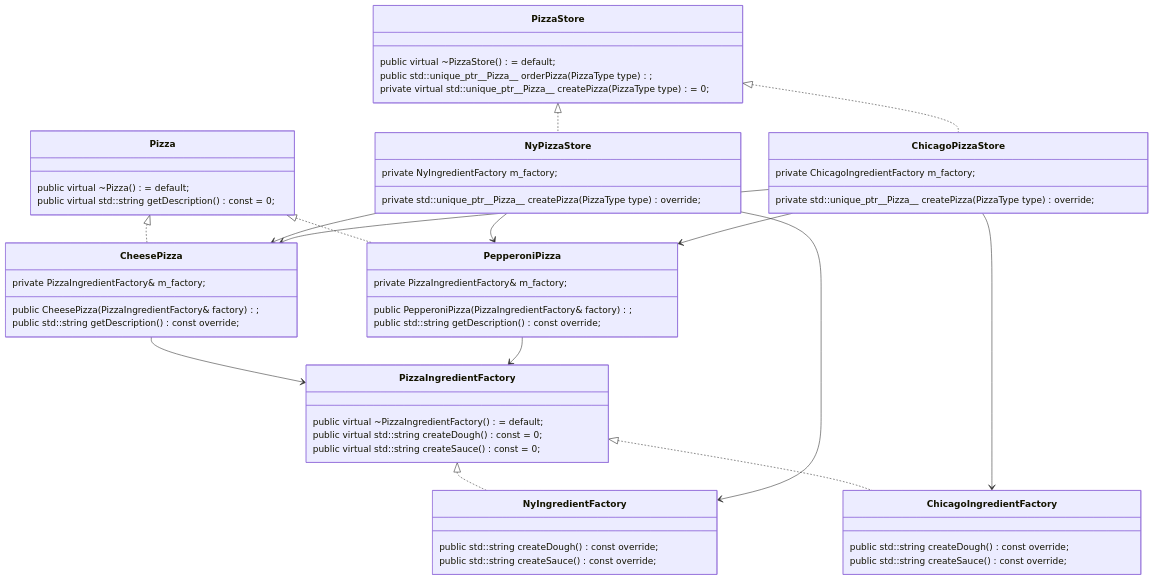
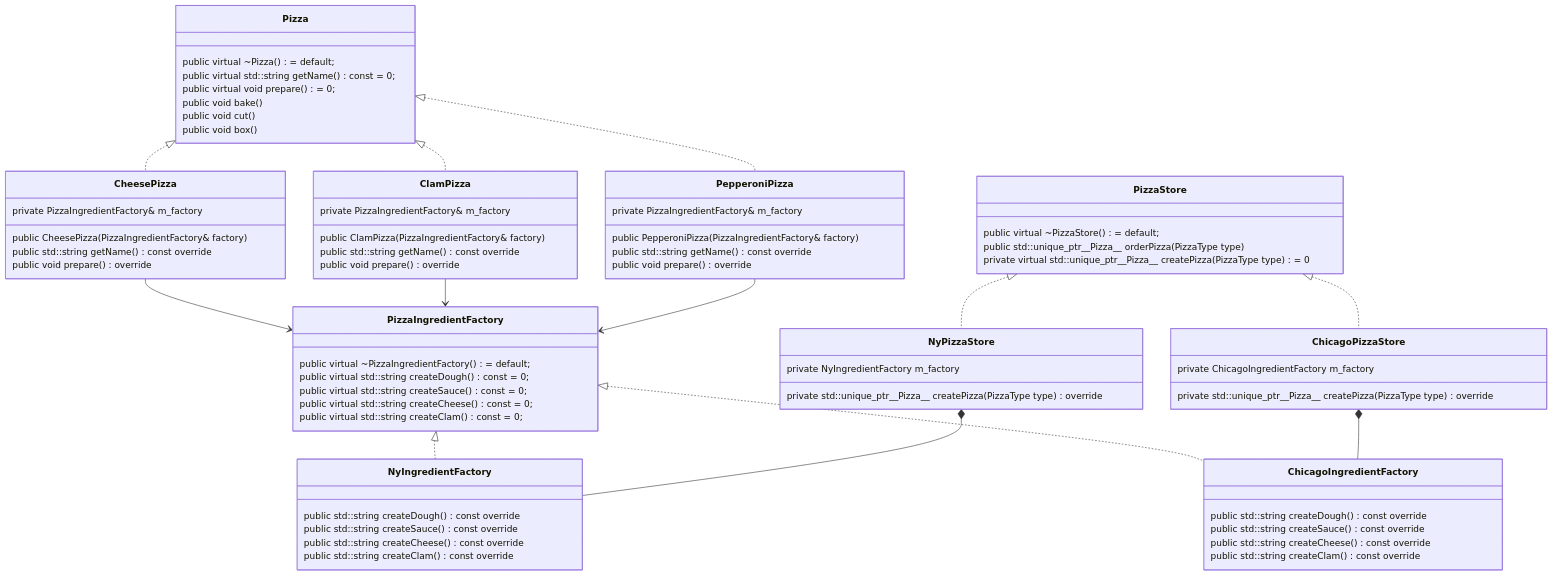
Before and after one commit to rngoodner/design-patterns: the fifth of 13 diagrams in README.md, drawn with Mermaid. The commit also changed other lines of this file, not shown here.

Commit message:
sync README class diagrams with current code

````diff
--- a/README.md
+++ b/README.md
@@ -245,63 +348,80 @@
     public virtual ~PizzaIngredientFactory() = default;
     public virtual std::string createDough() const = 0;
     public virtual std::string createSauce() const = 0;
+    public virtual std::string createCheese() const = 0;
+    public virtual std::string createClam() const = 0;
 }
 
 class NyIngredientFactory {
-    public std::string createDough() const override;
-    public std::string createSauce() const override;
+    public std::string createDough() const override
+    public std::string createSauce() const override
+    public std::string createCheese() const override
+    public std::string createClam() const override
 }
 
 class ChicagoIngredientFactory {
-    public std::string createDough() const override;
-    public std::string createSauce() const override;
+    public std::string createDough() const override
+    public std::string createSauce() const override
+    public std::string createCheese() const override
+    public std::string createClam() const override
 }
 
 class Pizza {
     public virtual ~Pizza() = default;
-    public virtual std::string getDescription() const = 0;
+    public virtual std::string getName() const = 0;
+    public virtual void prepare() = 0;
+    public void bake()
+    public void cut()
+    public void box()
 }
 
 class CheesePizza {
-    public CheesePizza(PizzaIngredientFactory& factory);
-    public std::string getDescription() const override;
-    private PizzaIngredientFactory& m_factory;
+    public CheesePizza(PizzaIngredientFactory& factory)
+    public std::string getName() const override
+    public void prepare() override
+    private PizzaIngredientFactory& m_factory
+}
+
+class ClamPizza {
+    public ClamPizza(PizzaIngredientFactory& factory)
+    public std::string getName() const override
+    public void prepare() override
+    private PizzaIngredientFactory& m_factory
 }
 
 class PepperoniPizza {
-    public PepperoniPizza(PizzaIngredientFactory& factory);
-    public std::string getDescription() const override;
-    private PizzaIngredientFactory& m_factory;
+    public PepperoniPizza(PizzaIngredientFactory& factory)
+    public std::string getName() const override
+    public void prepare() override
+    private PizzaIngredientFactory& m_factory
 }
 
 class PizzaStore {
     public virtual ~PizzaStore() = default;
-    public std::unique_ptr__Pizza__ orderPizza(PizzaType type);
-    private virtual std::unique_ptr__Pizza__ createPizza(PizzaType type) = 0;
+    public std::unique_ptr__Pizza__ orderPizza(PizzaType type)
+    private virtual std::unique_ptr__Pizza__ createPizza(PizzaType type) = 0
 }
 
 class NyPizzaStore {
-    private std::unique_ptr__Pizza__ createPizza(PizzaType type) override;
-    private NyIngredientFactory m_factory;
+    private std::unique_ptr__Pizza__ createPizza(PizzaType type) override
+    private NyIngredientFactory m_factory
 }
 
 class ChicagoPizzaStore {
-    private std::unique_ptr__Pizza__ createPizza(PizzaType type) override;
-    private ChicagoIngredientFactory m_factory;
+    private std::unique_ptr__Pizza__ createPizza(PizzaType type) override
+    private ChicagoIngredientFactory m_factory
 }
 
 PizzaIngredientFactory <|.. NyIngredientFactory
 PizzaIngredientFactory <|.. ChicagoIngredientFactory
 Pizza <|.. CheesePizza
+Pizza <|.. ClamPizza
 Pizza <|.. PepperoniPizza
 PizzaStore <|.. NyPizzaStore
 PizzaStore <|.. ChicagoPizzaStore
 CheesePizza --> PizzaIngredientFactory
+ClamPizza --> PizzaIngredientFactory
 PepperoniPizza --> PizzaIngredientFactory
-NyPizzaStore --> NyIngredientFactory
-ChicagoPizzaStore --> ChicagoIngredientFactory
-NyPizzaStore --> CheesePizza
-NyPizzaStore --> PepperoniPizza
-ChicagoPizzaStore --> CheesePizza
-ChicagoPizzaStore --> PepperoniPizza
+NyPizzaStore *-- NyIngredientFactory
+ChicagoPizzaStore *-- ChicagoIngredientFactory
 ```
````
